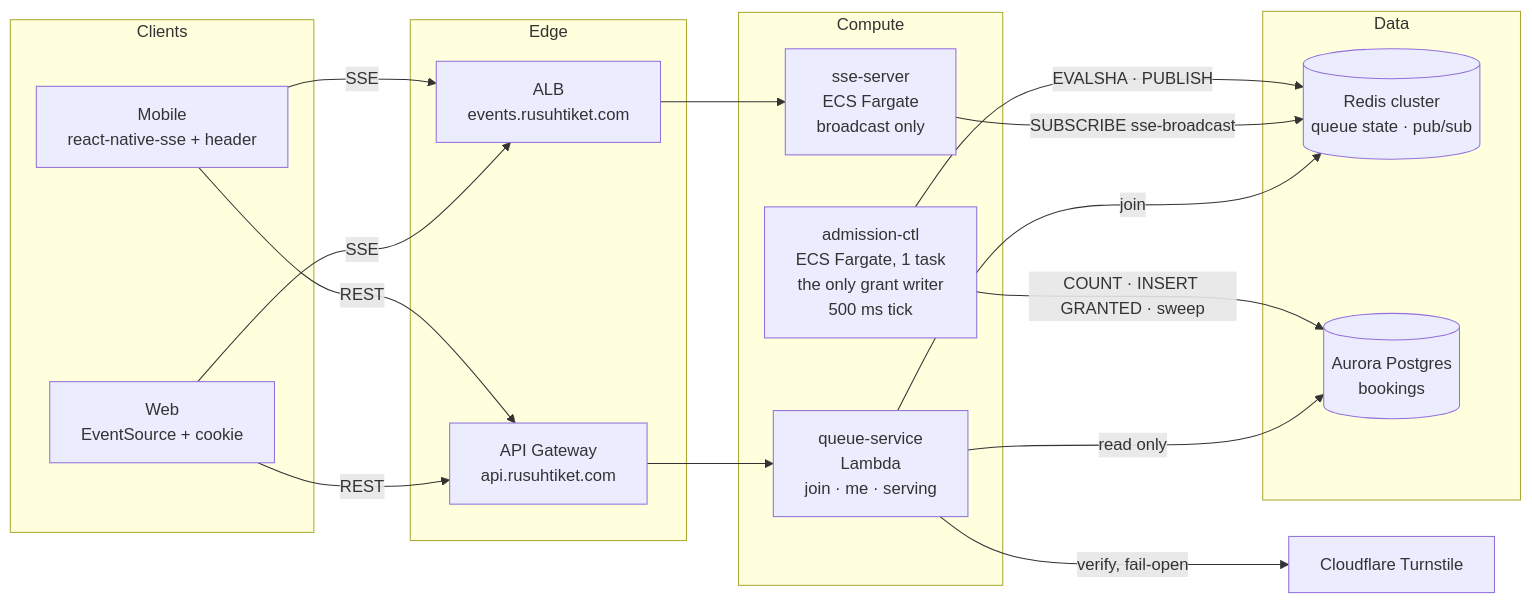
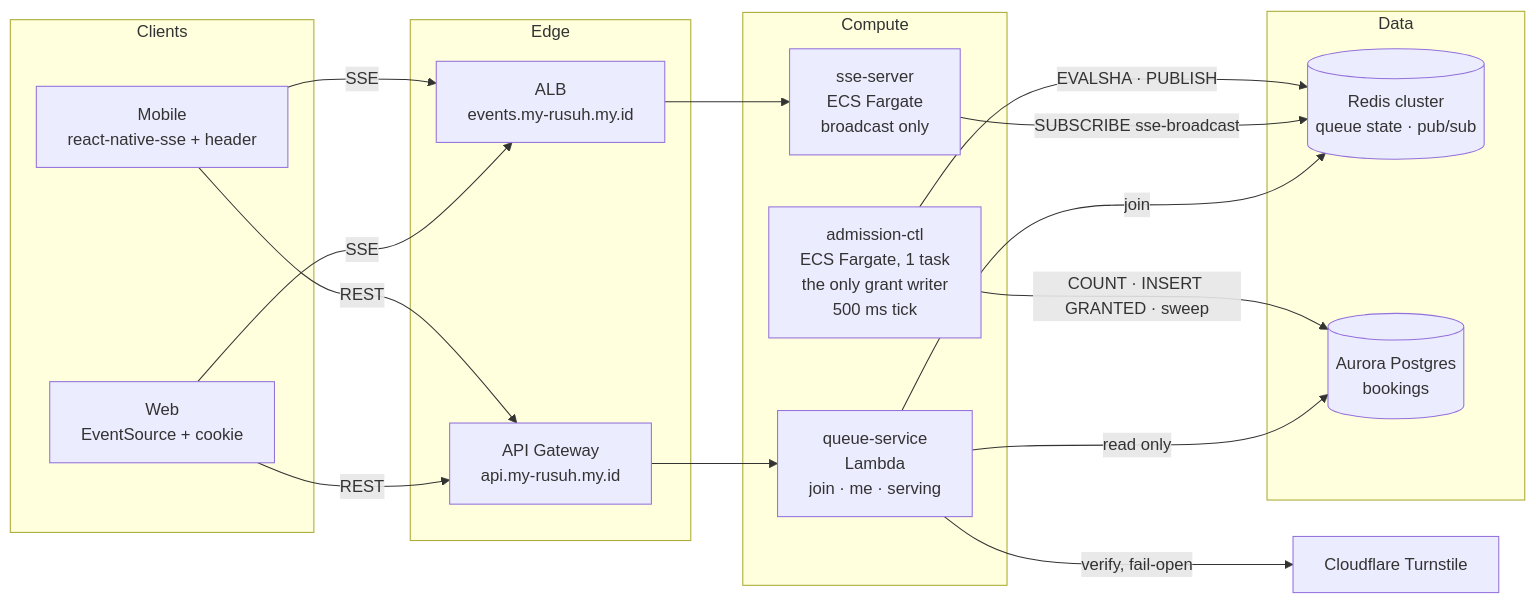
Before and after one commit to PTServerJanganTumbang-BookingTicket/be-rusuh-war-ticketing: the first of 5 diagrams in docs/04-queue/README.md, drawn with Mermaid. The commit also changed other lines of this file and 24 other files, not shown here.

````diff
--- a/docs/04-queue/README.md
+++ b/docs/04-queue/README.md
@@ -41,34 +41,34 @@
 ```mermaid
 flowchart LR
     subgraph Clients
         W[Web<br/>EventSource + cookie]
         M[Mobile<br/>react-native-sse + header]
     end
 
     subgraph Edge
-        APIGW[API Gateway<br/>api.rusuhtiket.com]
-        ALB[ALB<br/>events.rusuhtiket.com]
+        APIGW[API Gateway<br/>api.my-rusuh.my.id]
+        ALB[ALB<br/>events.my-rusuh.my.id]
     end
 
     subgraph Compute
         Q[queue-service<br/>Lambda<br/>join · me · serving]
         SSE[sse-server<br/>ECS Fargate<br/>broadcast only]
         CTL[admission-ctl<br/>ECS Fargate, 1 task<br/>the only grant writer<br/>500 ms tick]
     end
 
     subgraph Data
         R[(Redis cluster<br/>queue state · pub/sub)]
         DB[(Aurora Postgres<br/>bookings)]
     end
 
     CAP[Cloudflare Turnstile]
 
     W & M -->|REST| APIGW --> Q
     W & M -->|SSE| ALB --> SSE
     Q -->|join| R
     Q -->|read only| DB
     Q -->|verify, fail-open| CAP
     SSE -->|SUBSCRIBE sse-broadcast| R
     CTL -->|EVALSHA · PUBLISH| R
     CTL -->|COUNT · INSERT GRANTED · sweep| DB
 ```
````
